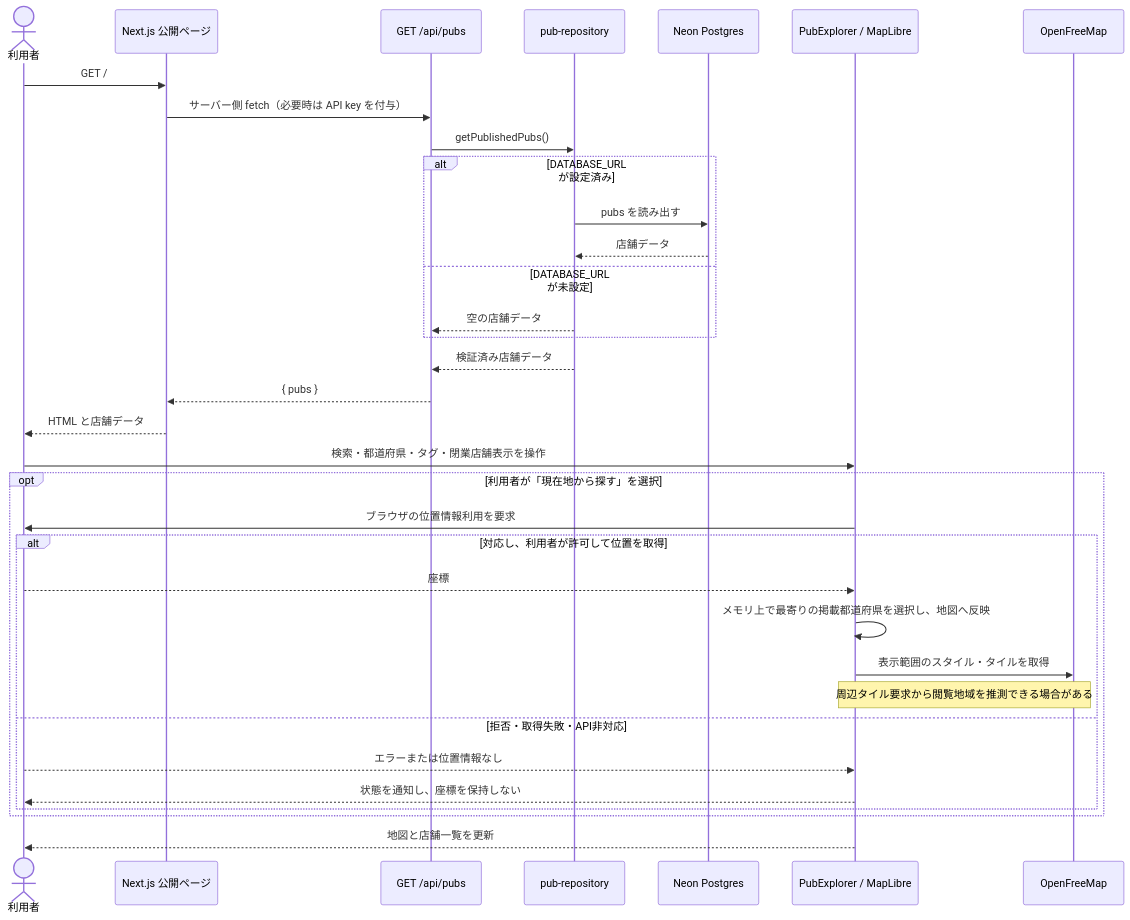
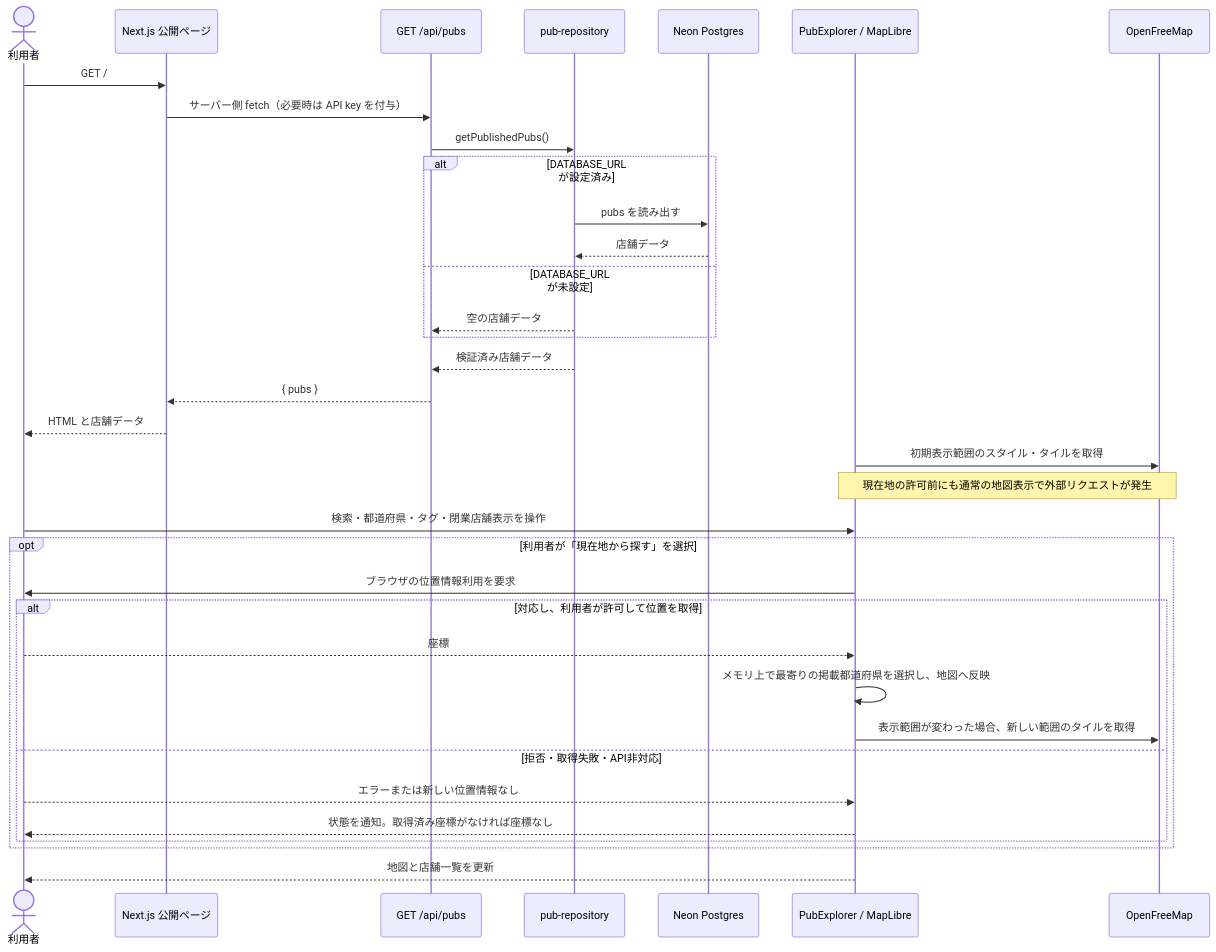
One commit to yusukefr/irishpub-map changed the first of 4 diagrams in docs/architecture/sequences.md. Above: the diagram before and after it, drawn with Mermaid. The commit also changed other lines of this file and 1 other file, not shown here.

Commit message:
docs: address mobile architecture review feedback

````diff
--- a/docs/architecture/sequences.md
+++ b/docs/architecture/sequences.md
@@ -5,37 +5,38 @@
 ```mermaid
 sequenceDiagram
   actor Visitor as 利用者
   participant Page as Next.js 公開ページ
   participant API as GET /api/pubs
   participant Repository as pub-repository
   participant Neon as Neon Postgres
   participant Explorer as PubExplorer / MapLibre
   participant MapProvider as OpenFreeMap
 
   Visitor->>Page: GET /
   Page->>API: サーバー側 fetch（必要時は API key を付与）
   API->>Repository: getPublishedPubs()
   alt DATABASE_URL が設定済み
     Repository->>Neon: pubs を読み出す
     Neon-->>Repository: 店舗データ
   else DATABASE_URL が未設定
     Repository-->>API: 空の店舗データ
   end
   Repository-->>API: 検証済み店舗データ
   API-->>Page: { pubs }
   Page-->>Visitor: HTML と店舗データ
+  Explorer->>MapProvider: 初期表示範囲のスタイル・タイルを取得
+  Note over Explorer,MapProvider: 現在地の許可前にも通常の地図表示で外部リクエストが発生
   Visitor->>Explorer: 検索・都道府県・タグ・閉業店舗表示を操作
   opt 利用者が「現在地から探す」を選択
     Explorer->>Visitor: ブラウザの位置情報利用を要求
     alt 対応し、利用者が許可して位置を取得
       Visitor-->>Explorer: 座標
       Explorer->>Explorer: メモリ上で最寄りの掲載都道府県を選択し、地図へ反映
-      Explorer->>MapProvider: 表示範囲のスタイル・タイルを取得
-      Note over Explorer,MapProvider: 周辺タイル要求から閲覧地域を推測できる場合がある
+      Explorer->>MapProvider: 表示範囲が変わった場合、新しい範囲のタイルを取得
     else 拒否・取得失敗・API非対応
-      Visitor-->>Explorer: エラーまたは位置情報なし
-      Explorer-->>Visitor: 状態を通知し、座標を保持しない
+      Visitor-->>Explorer: エラーまたは新しい位置情報なし
+      Explorer-->>Visitor: 状態を通知。取得済み座標がなければ座標なし
     end
   end
   Explorer-->>Visitor: 地図と店舗一覧を更新
 ```
````
